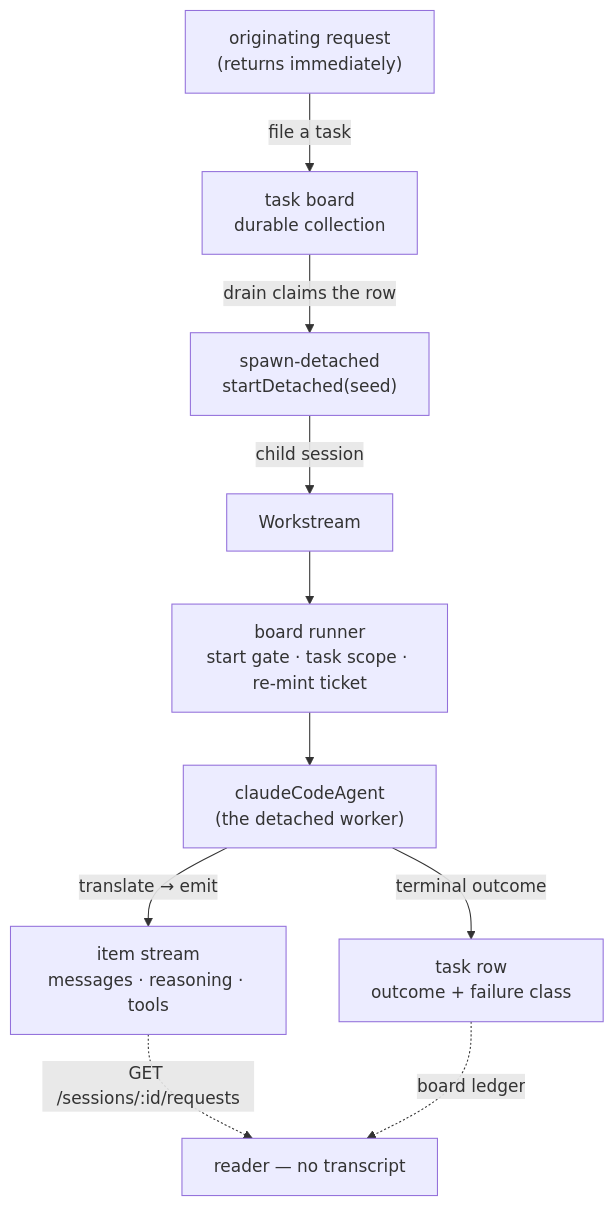
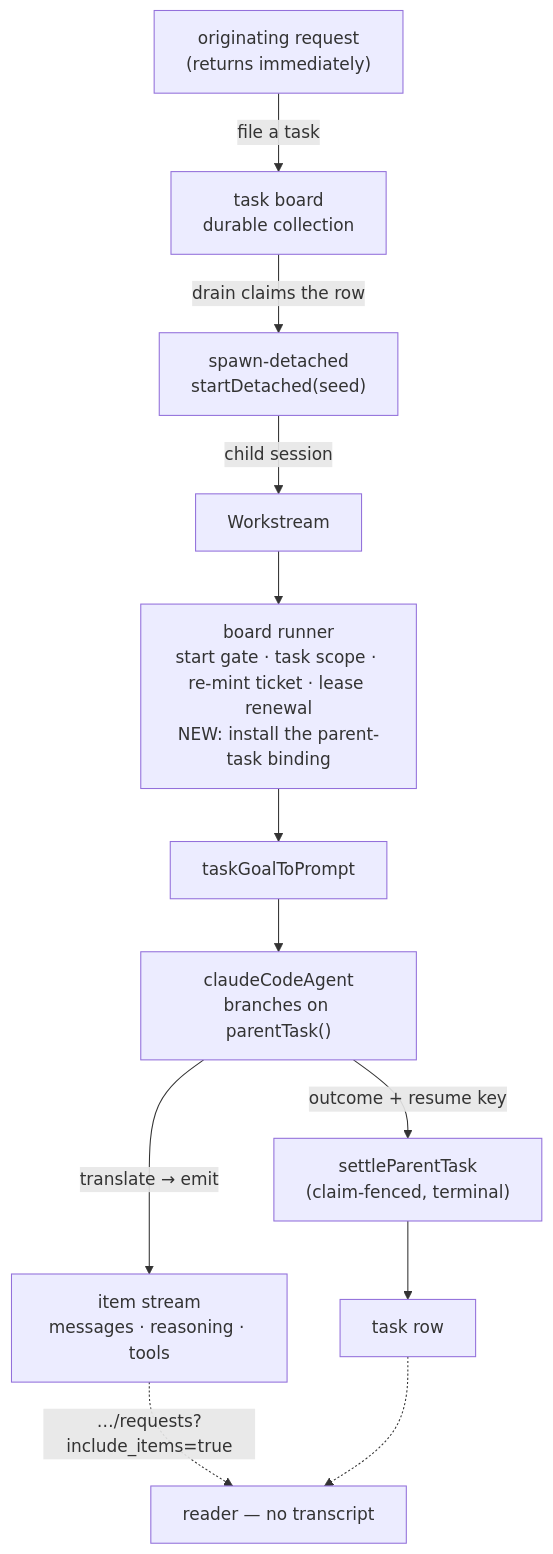
Before and after one commit to fixpoint-labs/flow-state-dev: the diagram in spec/LAB-133.md, drawn with Mermaid. The commit also changed other lines of this file, not shown here.

First line of the commit message:
spec(LAB-133): fold round 1 — branch on parentTask, no new option

````diff
--- a/spec/LAB-133.md
+++ b/spec/LAB-133.md
@@ -216,12 +203,14 @@
 ```mermaid
 flowchart TD
   R["originating request<br/>(returns immediately)"] -->|"file a task"| B["task board<br/>durable collection"]
   B -->|"drain claims the row"| S["spawn-detached<br/>startDetached(seed)"]
   S -->|"child session"| W["Workstream"]
-  W --> G["board runner<br/>start gate · task scope · re-mint ticket"]
-  G --> A["claudeCodeAgent<br/>(the detached worker)"]
+  W --> G["board runner<br/>start gate · task scope · re-mint ticket · lease renewal<br/>NEW: install the parent-task binding"]
+  G --> P["taskGoalToPrompt"]
+  P --> A["claudeCodeAgent<br/>branches on parentTask()"]
   A -->|"translate → emit"| I["item stream<br/>messages · reasoning · tools"]
-  A -->|"terminal outcome"| T["task row<br/>outcome + failure class"]
-  I -.->|"GET /sessions/:id/requests"| RD["reader — no transcript"]
-  T -.->|"board ledger"| RD
+  A -->|"outcome + resume key"| T["settleParentTask<br/>(claim-fenced, terminal)"]
+  T --> TR["task row"]
+  I -.->|"…/requests?include_items=true"| RD["reader — no transcript"]
+  TR -.-> RD
 ```
````
